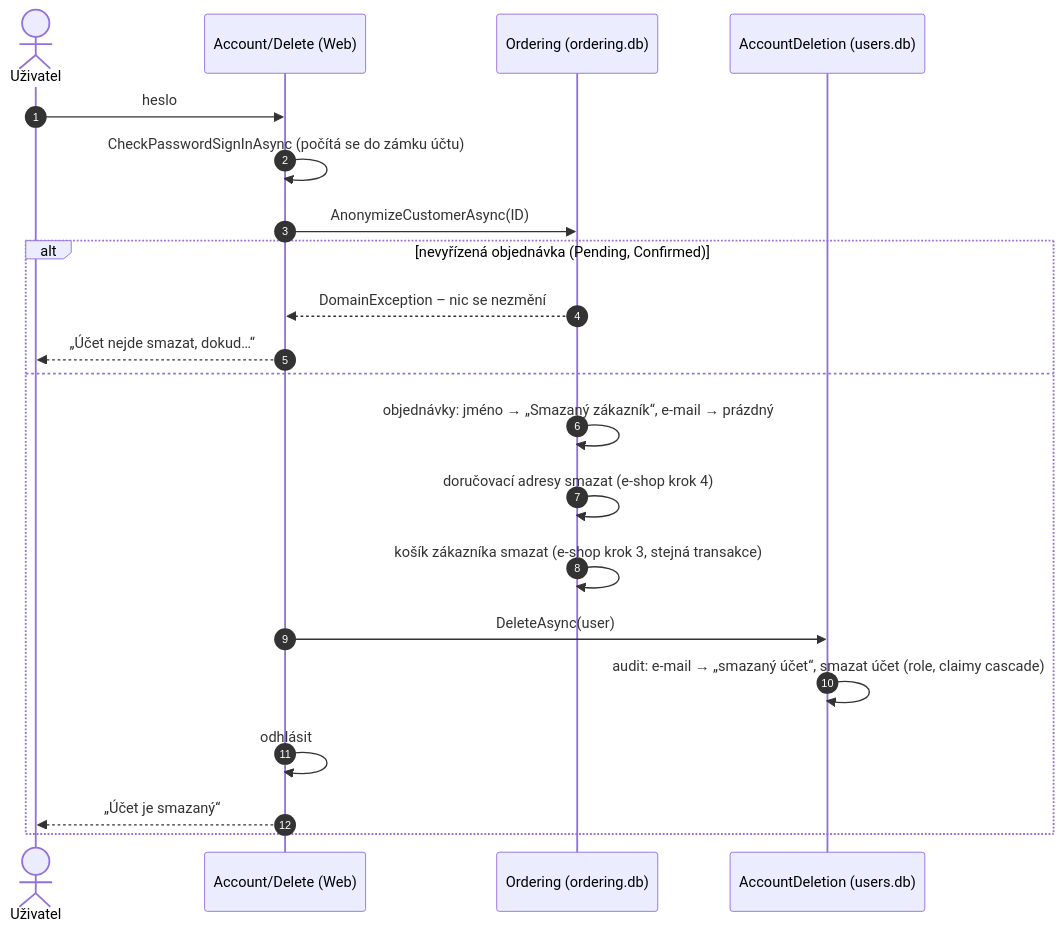
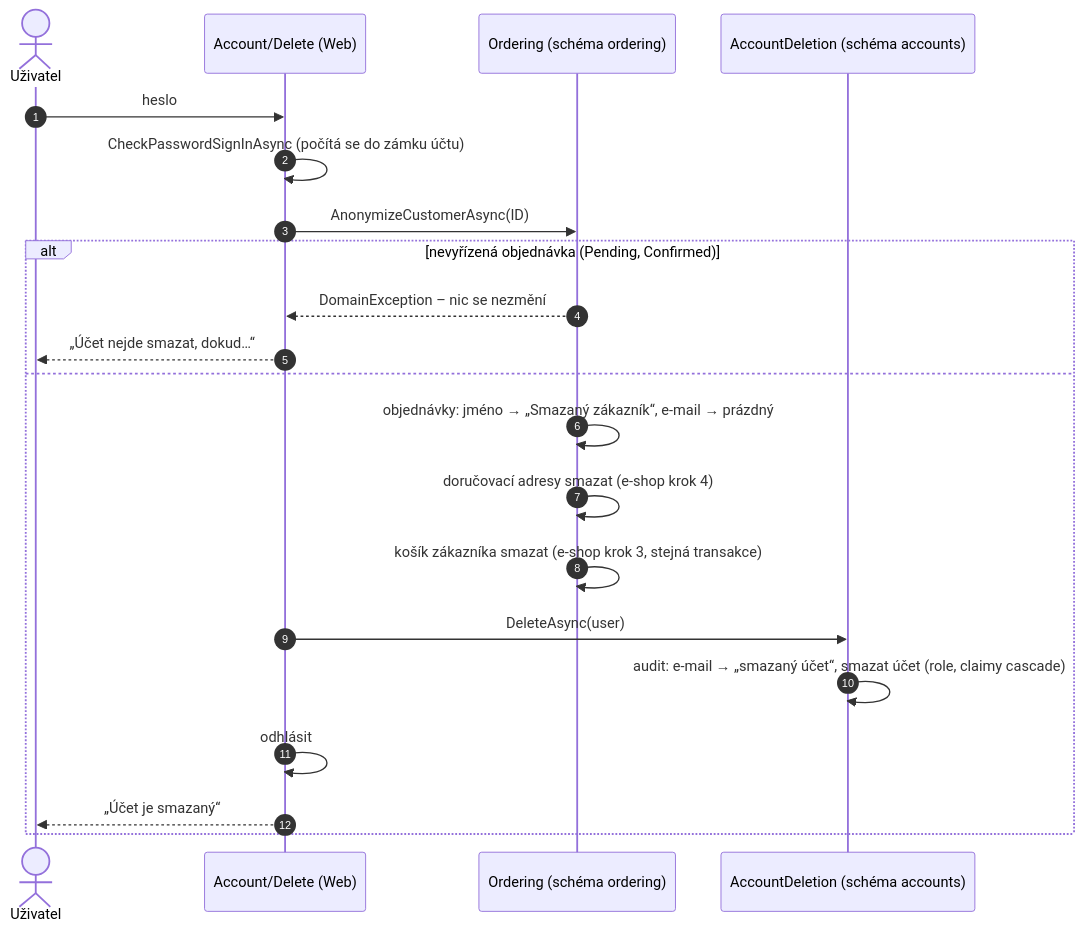
Before and after one commit to ftichy/MiniShop: the fourth of 6 diagrams in docs/prirucka/architektura/moduly/accounts.md, drawn with Mermaid. The commit also changed other lines of this file and 248 other files, not shown here.

````diff
--- a/docs/prirucka/architektura/moduly/accounts.md
+++ b/docs/prirucka/architektura/moduly/accounts.md
@@ -154,24 +154,24 @@
 ```mermaid
 sequenceDiagram
     autonumber
     actor U as Uživatel
     participant P as Account/Delete (Web)
-    participant O as Ordering (ordering.db)
-    participant A as AccountDeletion (users.db)
+    participant O as Ordering (schéma ordering)
+    participant A as AccountDeletion (schéma accounts)
 
     U->>P: heslo
     P->>P: CheckPasswordSignInAsync (počítá se do zámku účtu)
     P->>O: AnonymizeCustomerAsync(ID)
     alt nevyřízená objednávka (Pending, Confirmed)
         O-->>P: DomainException – nic se nezmění
         P-->>U: „Účet nejde smazat, dokud…“
     else
         O->>O: objednávky: jméno → „Smazaný zákazník“, e-mail → prázdný
     O->>O: doručovací adresy smazat (e-shop krok 4)
     O->>O: košík zákazníka smazat (e-shop krok 3, stejná transakce)
         P->>A: DeleteAsync(user)
         A->>A: audit: e-mail → „smazaný účet“, smazat účet (role, claimy cascade)
         P->>P: odhlásit
         P-->>U: „Účet je smazaný“
     end
 ```
````
